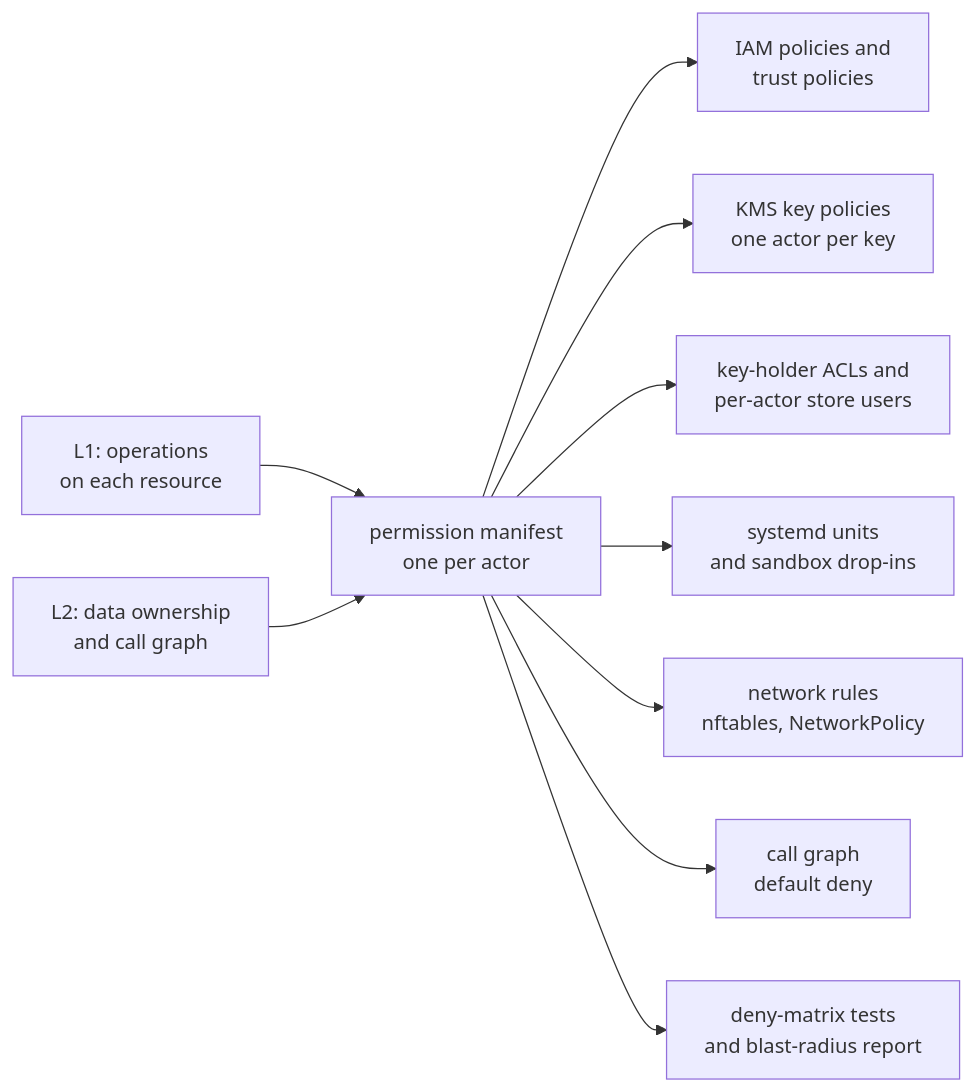
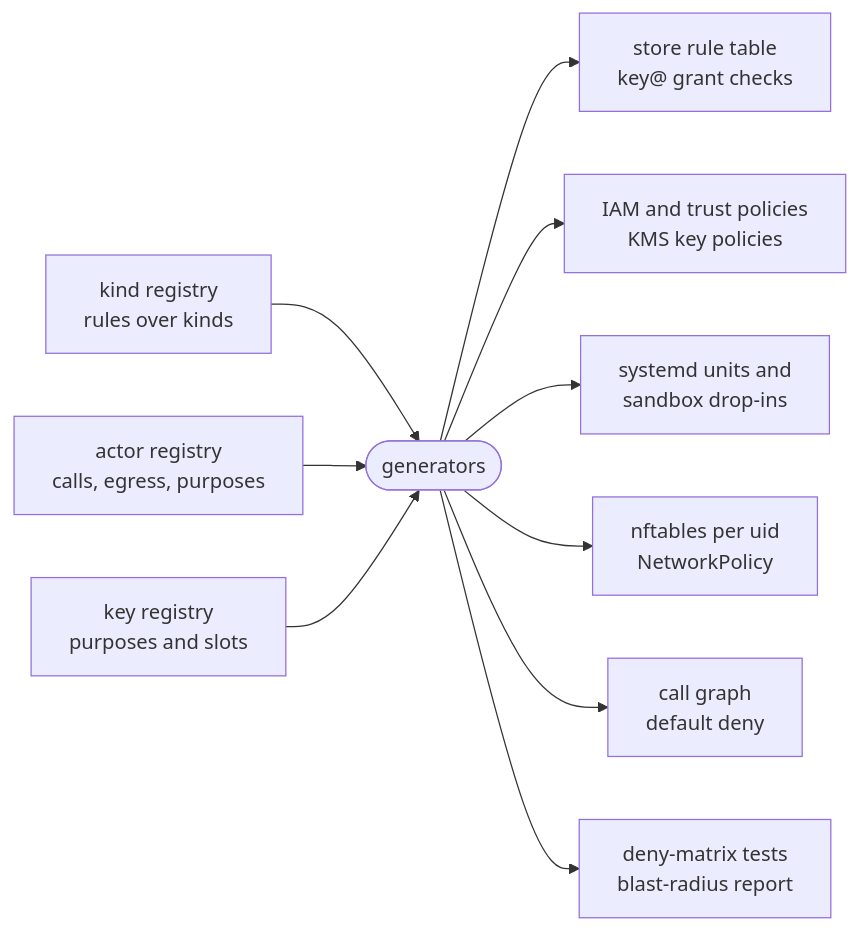
One commit to truvity/access-roster changed the first of 4 diagrams in docs/architecture/index.md. Above: the diagram before and after it, drawn with Mermaid. The commit also changed other lines of this file and 11 other files, not shown here.

First line of the commit message:
docs: the architecture pages and the explorers (wave 2)

````diff
--- a/docs/architecture/index.md
+++ b/docs/architecture/index.md
@@ -23,14 +29,14 @@
 ```mermaid
 flowchart LR
-  l1["L1: operations<br/>on each resource"] --> m
-  l2["L2: data ownership<br/>and call graph"] --> m
-  m["permission manifest<br/>one per actor"]
+  kr["kind registry<br/>rules over kinds"] --> gen
+  ar["actor registry<br/>calls, egress, purposes"] --> gen
+  kk["key registry<br/>purposes and slots"] --> gen
+  gen(["generators"])
 
-  m --> iam["IAM policies and<br/>trust policies"]
-  m --> kms["KMS key policies<br/>one actor per key"]
-  m --> acl["key-holder ACLs and<br/>per-actor store users"]
-  m --> units["systemd units<br/>and sandbox drop-ins"]
-  m --> net["network rules<br/>nftables, NetworkPolicy"]
-  m --> cg["call graph<br/>default deny"]
-  m --> tests["deny-matrix tests<br/>and blast-radius report"]
+  gen --> rules["store rule table<br/>key@ grant checks"]
+  gen --> iam["IAM and trust policies<br/>KMS key policies"]
+  gen --> units["systemd units and<br/>sandbox drop-ins"]
+  gen --> net["nftables per uid<br/>NetworkPolicy"]
+  gen --> cg["call graph<br/>default deny"]
+  gen --> tests["deny-matrix tests<br/>blast-radius report"]
 ```
````
